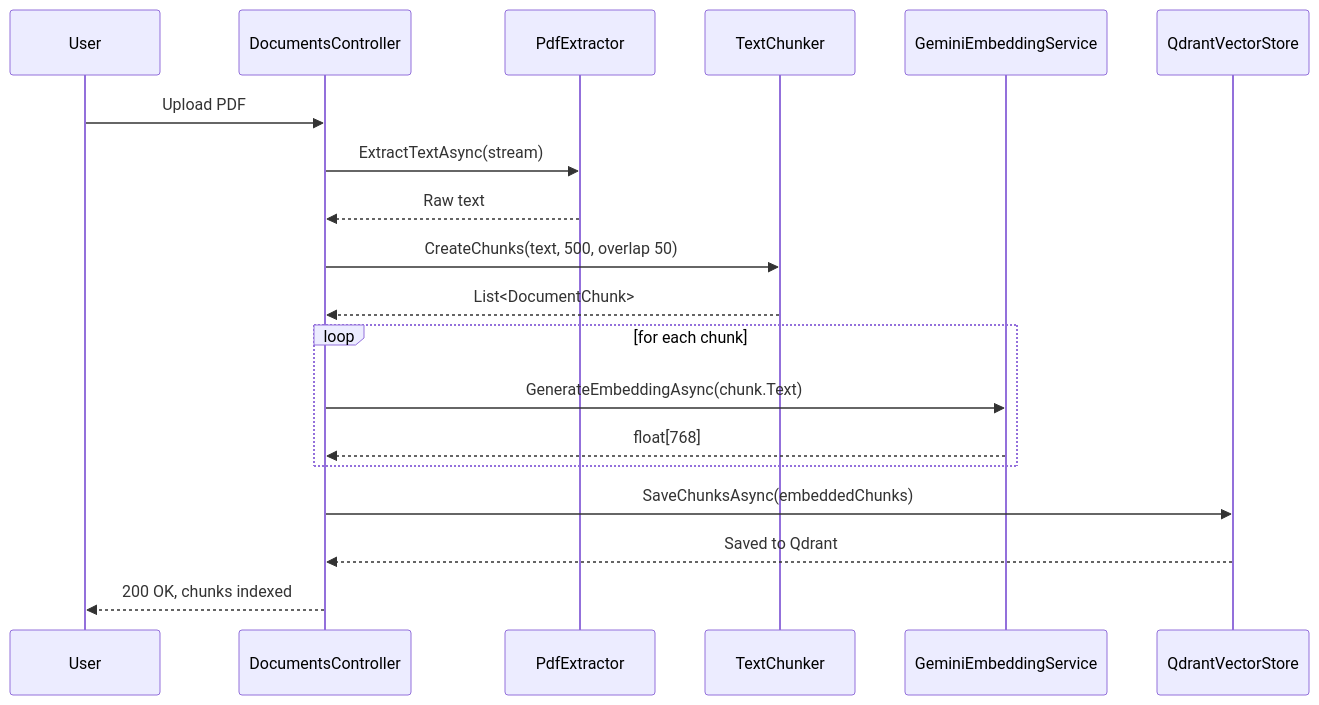
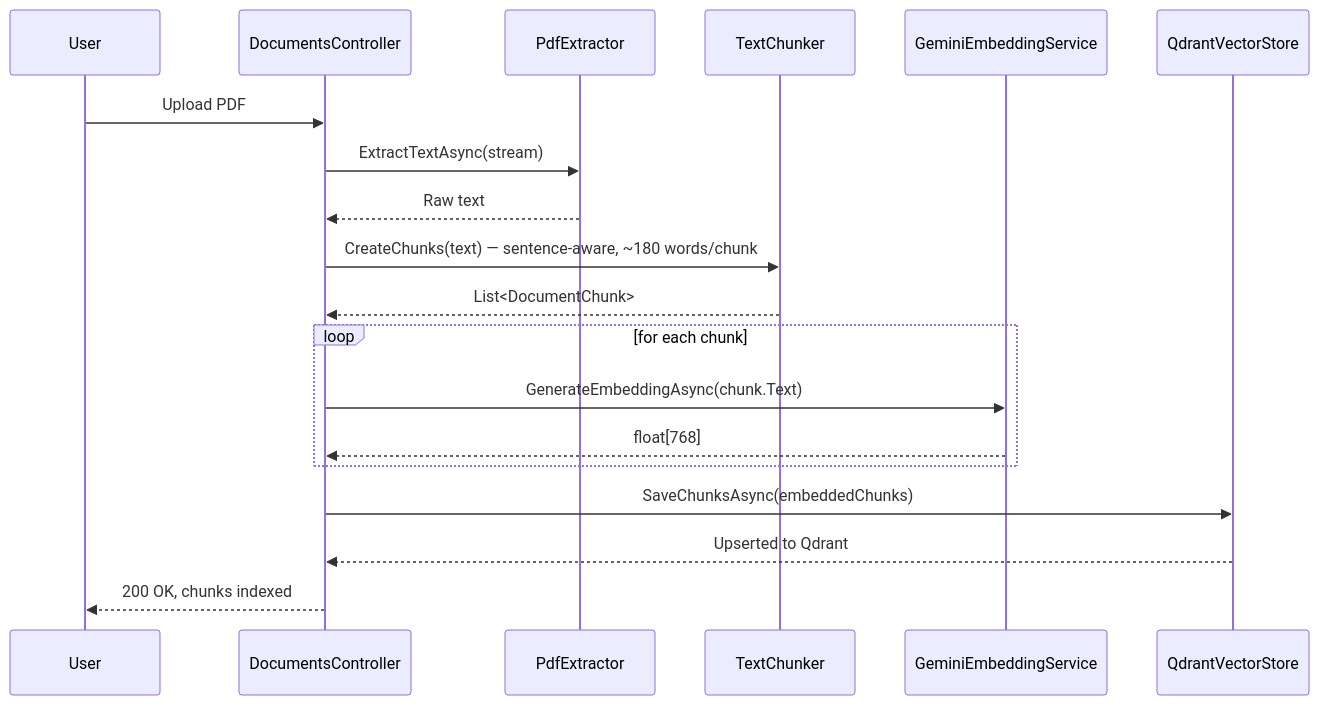
Before and after one commit to alifasm/VectorMind.RagEngine: the second of 3 diagrams in README.md, drawn with Mermaid. The commit also changed other lines of this file, not shown here.

````diff
--- a/README.md
+++ b/README.md
@@ -74,22 +87,22 @@
 ```mermaid
 sequenceDiagram
     participant User
     participant API as DocumentsController
     participant Extractor as PdfExtractor
     participant Chunker as TextChunker
     participant Embedder as GeminiEmbeddingService
     participant Store as QdrantVectorStore
 
     User->>API: Upload PDF
     API->>Extractor: ExtractTextAsync(stream)
     Extractor-->>API: Raw text
-    API->>Chunker: CreateChunks(text, 500, overlap 50)
+    API->>Chunker: CreateChunks(text) — sentence-aware, ~180 words/chunk
     Chunker-->>API: List<DocumentChunk>
     loop for each chunk
         API->>Embedder: GenerateEmbeddingAsync(chunk.Text)
         Embedder-->>API: float[768]
     end
     API->>Store: SaveChunksAsync(embeddedChunks)
-    Store-->>API: Saved to Qdrant
+    Store-->>API: Upserted to Qdrant
     API-->>User: 200 OK, chunks indexed
 ```
````
